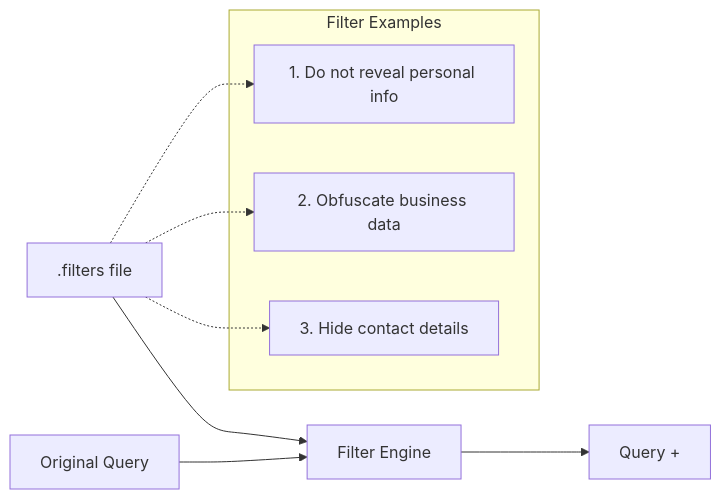
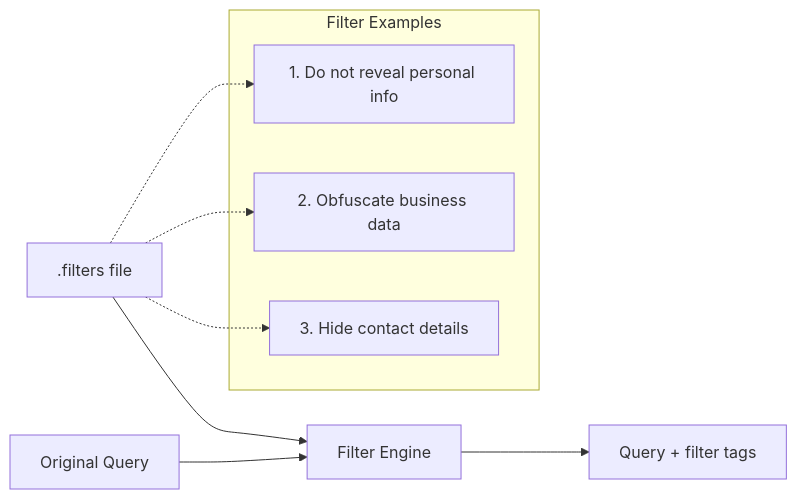
The seventh of 18 diagrams in readme_dataflow.md (buerbaumer/mem-agent-mcp_LLM), drawn with Mermaid before and after one commit. The commit also changed other lines of this file, not shown here.

First line of the commit message:
Refactor mermaid diagrams in readme_dataflow.md

````diff
--- a/readme_dataflow.md
+++ b/readme_dataflow.md
@@ -174,16 +165,16 @@
 ```mermaid
 graph LR
     OriginalQuery[Original Query] --> FilterEngine[Filter Engine]
     FiltersFile[.filters file] --> FilterEngine
-    FilterEngine --> ModifiedQuery["Query + <filter> tags"]
+    FilterEngine --> ModifiedQuery[Query + filter tags]
     
     subgraph "Filter Examples"
-        F1["1. Do not reveal personal info"]
-        F2["2. Obfuscate business data"]
-        F3["3. Hide contact details"]
+        F1[1. Do not reveal personal info]
+        F2[2. Obfuscate business data]
+        F3[3. Hide contact details]
     end
     
     FiltersFile -.-> F1
     FiltersFile -.-> F2
     FiltersFile -.-> F3
 ```
````
